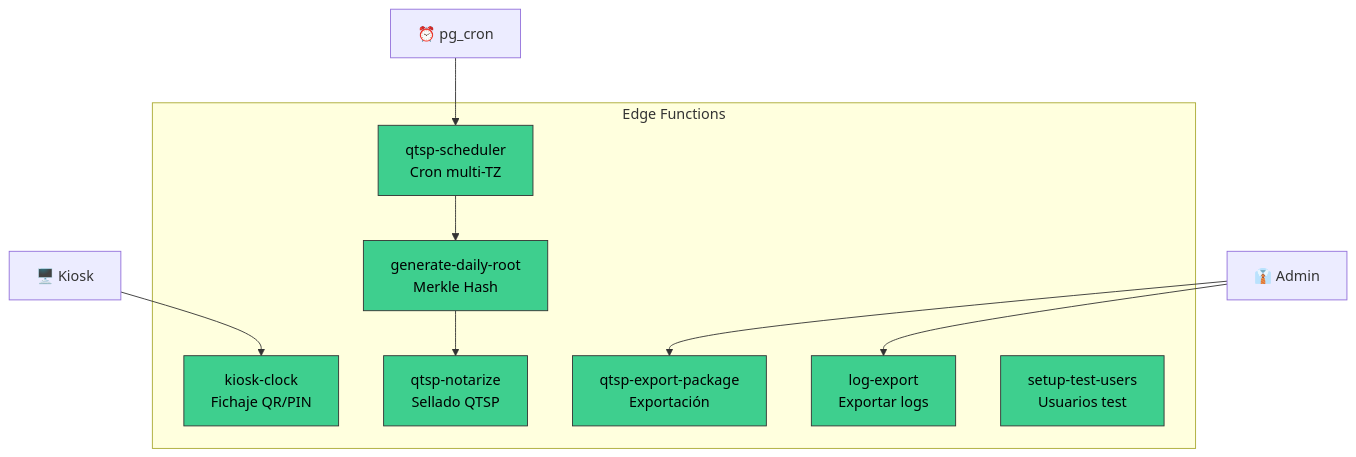
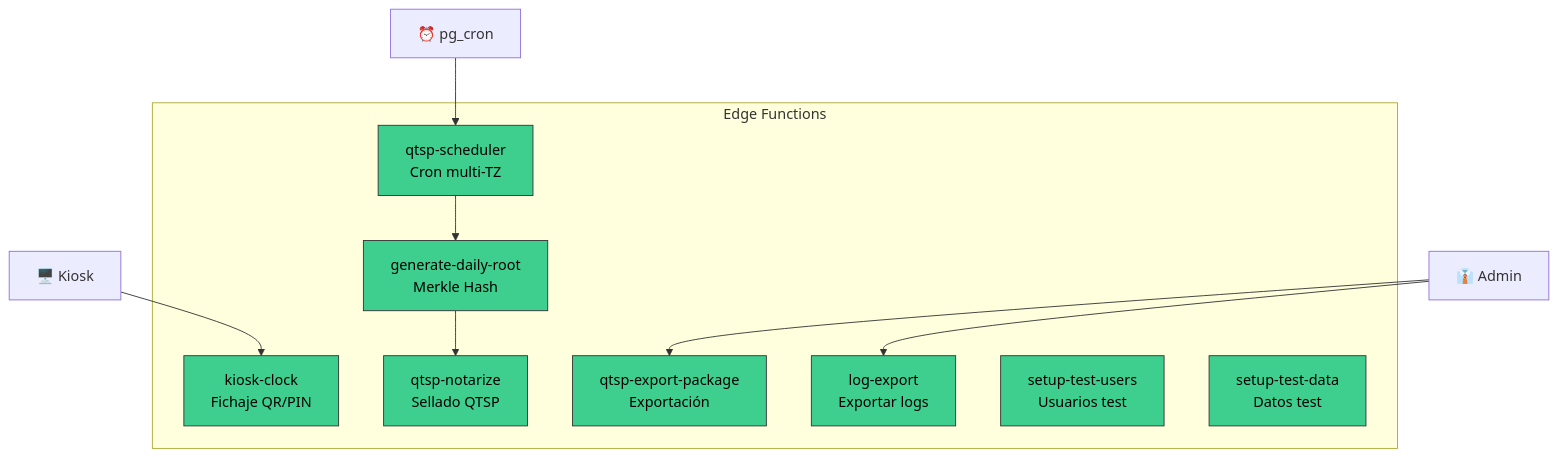
The ninth of 12 diagrams in README.md (moimene/time-control-hub), drawn with Mermaid before and after one commit. The commit also changed other lines of this file, not shown here.

````diff
--- a/README.md
+++ b/README.md
@@ -563,22 +634,23 @@
 ```mermaid
 graph TB
     subgraph "Edge Functions"
         KC[kiosk-clock<br/>Fichaje QR/PIN]
         GDR[generate-daily-root<br/>Merkle Hash]
         QN[qtsp-notarize<br/>Sellado QTSP]
         QS[qtsp-scheduler<br/>Cron multi-TZ]
         QEP[qtsp-export-package<br/>Exportación]
         LE[log-export<br/>Exportar logs]
         STU[setup-test-users<br/>Usuarios test]
+        STD[setup-test-data<br/>Datos test]
     end
 
     KIOSK[🖥️ Kiosk] --> KC
     CRON[⏰ pg_cron] --> QS
     QS --> GDR
     GDR --> QN
     ADMIN[👔 Admin] --> QEP
     ADMIN --> LE
 
     classDef func fill:#3ecf8e,stroke:#333,color:#000
-    class KC,GDR,QN,QS,QEP,LE,STU func
+    class KC,GDR,QN,QS,QEP,LE,STU,STD func
 ```
````
